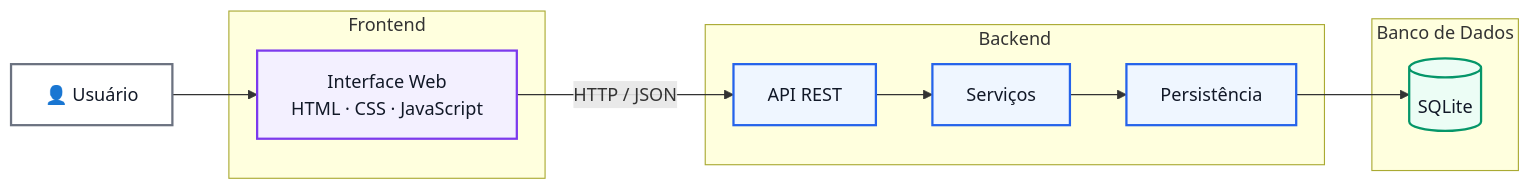
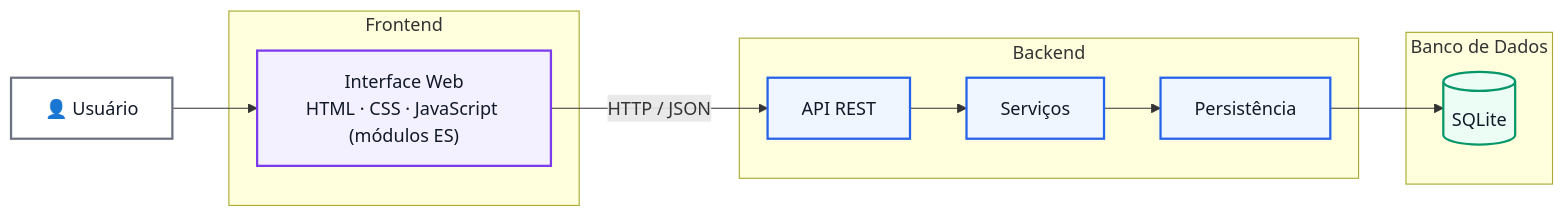
The diagram in README.MD (gabrielfcastro/Gerenciador-de-Estudos), drawn with Mermaid before and after one commit. The commit also changed other lines of this file, not shown here.

````diff
--- a/README.MD
+++ b/README.MD
@@ -27,36 +27,36 @@
 ```mermaid
 flowchart LR
 
     user["👤 Usuário"]
 
     subgraph FE["Frontend"]
         front["Interface Web
-HTML · CSS · JavaScript"]
+HTML · CSS · JavaScript (módulos ES)"]
     end
 
     subgraph BE["Backend"]
         api["API REST"]
         service["Serviços"]
         repo["Persistência"]
     end
 
     subgraph DB["Banco de Dados"]
         sqlite[("SQLite")]
     end
 
     user --> front
     front -->|"HTTP / JSON"| api
     api --> service
     service --> repo
     repo --> sqlite
 
     classDef frontend fill:#F3F0FF,stroke:#7C3AED,stroke-width:2px,color:#111827
     classDef backend fill:#EFF6FF,stroke:#2563EB,stroke-width:2px,color:#111827
     classDef database fill:#ECFDF5,stroke:#059669,stroke-width:2px,color:#111827
     classDef actor fill:#FFFFFF,stroke:#6B7280,stroke-width:2px,color:#111827
 
     class user actor
     class front frontend
     class api,service,repo backend
     class sqlite database
 ```
````
